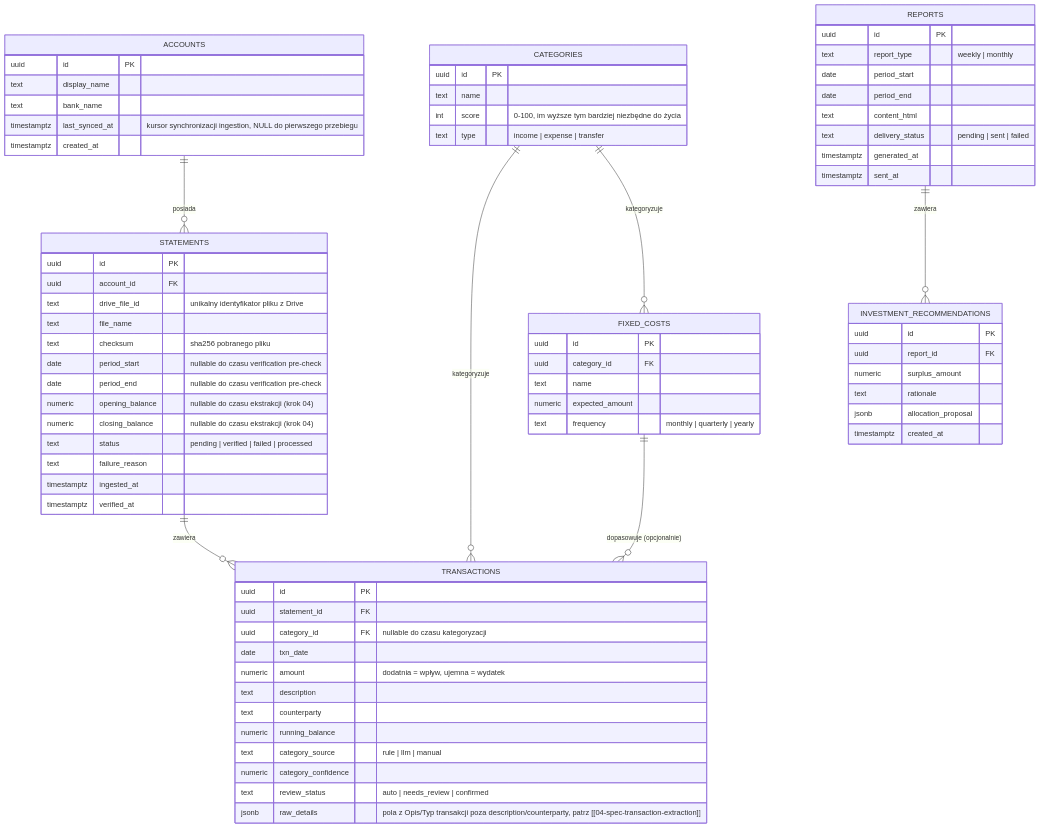
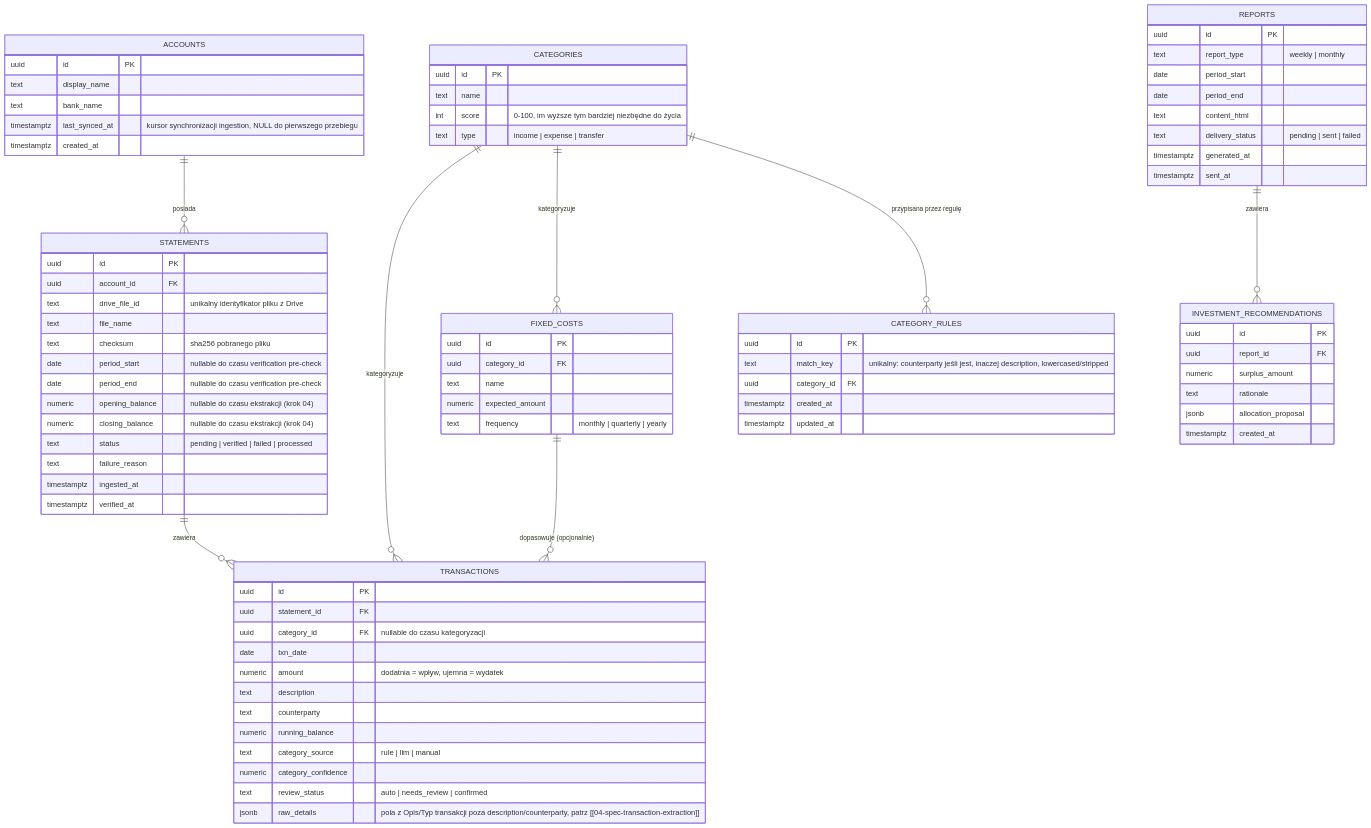
Before and after one commit to jakubwilk/ai-finance-agent: the diagram in docs/01-spec-data-model.md, drawn with Mermaid. The commit also changed other lines of this file and 1 other file, not shown here.

Commit message:
feat: enhance categorization logic with CATEGORY_RULES and automatic learning from human reviews

```diff
--- a/docs/01-spec-data-model.md
+++ b/docs/01-spec-data-model.md
@@ -34,6 +34,7 @@
     STATEMENTS ||--o{ TRANSACTIONS : "zawiera"
     CATEGORIES ||--o{ TRANSACTIONS : "kategoryzuje"
     CATEGORIES ||--o{ FIXED_COSTS : "kategoryzuje"
+    CATEGORIES ||--o{ CATEGORY_RULES : "przypisana przez regułę"
     FIXED_COSTS ||--o{ TRANSACTIONS : "dopasowuje (opcjonalnie)"
     REPORTS ||--o{ INVESTMENT_RECOMMENDATIONS : "zawiera"
 
@@ -91,6 +92,14 @@
         text frequency "monthly | quarterly | yearly"
     }
 
+    CATEGORY_RULES {
+        uuid id PK
+        text match_key "unikalny: counterparty jeśli jest, inaczej description, lowercased/stripped"
+        uuid category_id FK
+        timestamptz created_at
+        timestamptz updated_at
+    }
+
     REPORTS {
         uuid id PK
         text report_type "weekly | monthly"
```
